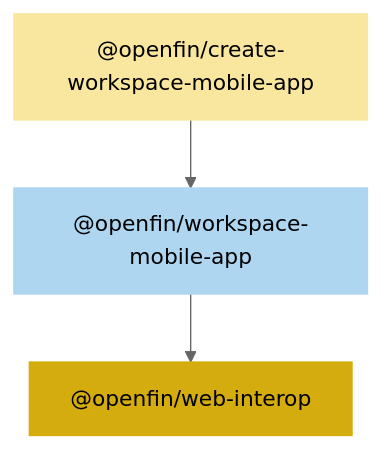
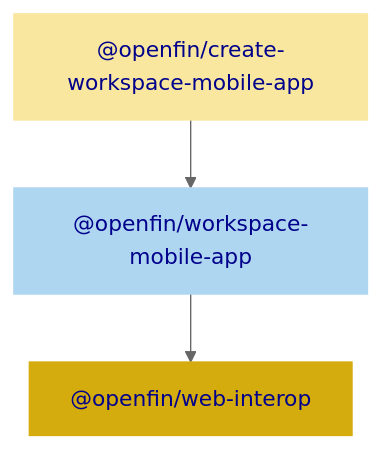
Before and after one commit to built-on-openfin/workspace-starter: the diagram in how-to/hints-and-tips/docs/create-workspace-mobile-app.md, drawn with Mermaid (neutral theme). The commit also changed other lines of this file, not shown here.

Commit message:
Updates to doc

````diff
--- a/how-to/hints-and-tips/docs/create-workspace-mobile-app.md
+++ b/how-to/hints-and-tips/docs/create-workspace-mobile-app.md
@@ -31,8 +31,8 @@
 ```mermaid
 graph TD
-    style A fill:#F9E79F,stroke:#F9E79F;
-    style B fill:#AED6F1,stroke:#AED6F1;
-    style C fill:#D4AC0D,stroke:#D4AC0D;
+    style A fill:#F9E79F,stroke:#F9E79F,color:#00008B;
+    style B fill:#AED6F1,stroke:#AED6F1,color:#00008B;
+    style C fill:#D4AC0D,stroke:#D4AC0D,color:#00008B;
     A["@openfin/create-workspace-mobile-app"] --> B["@openfin/workspace-mobile-app"]
     B --> C["@openfin/web-interop"]
 ```
````
